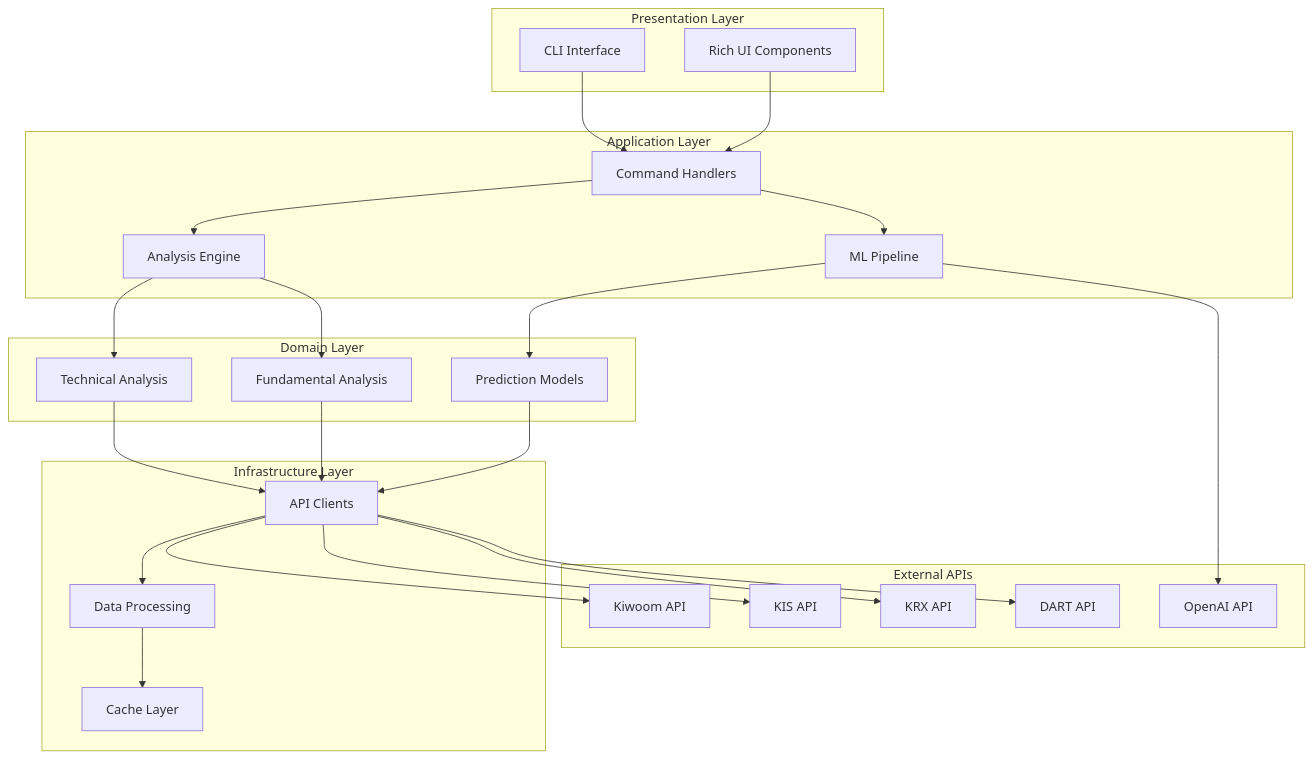
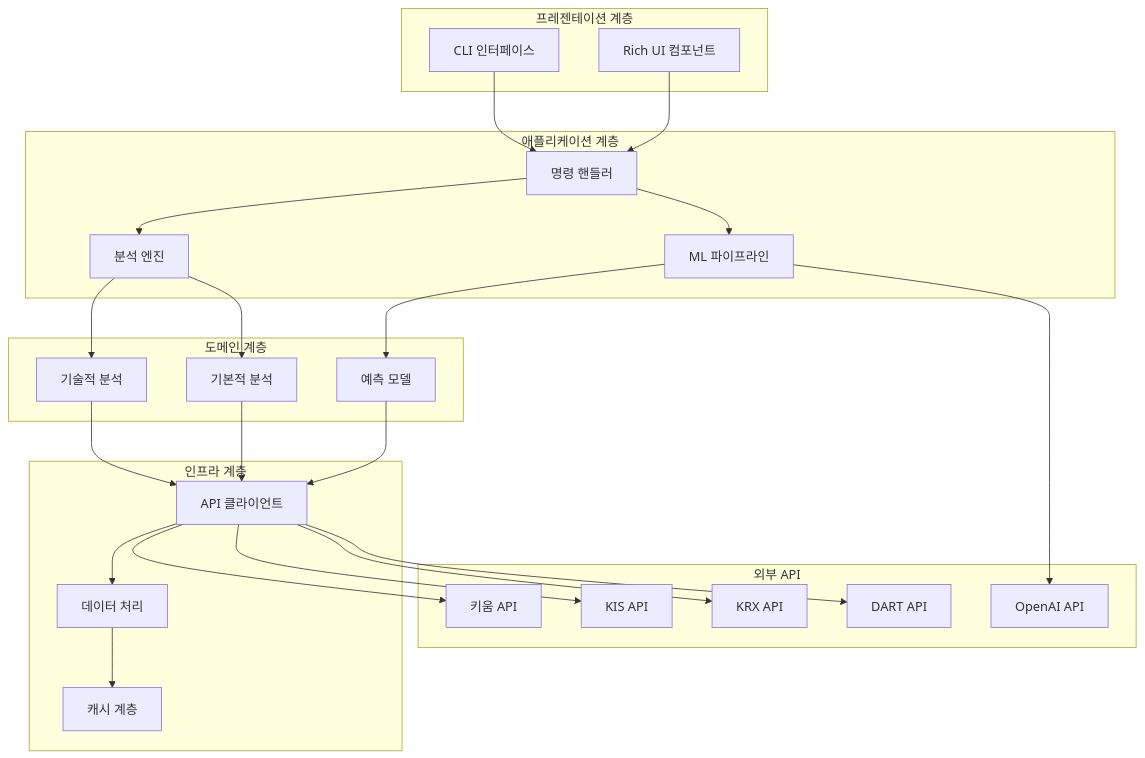
One commit to gyuha/investment-open-source-analysis changed the first of 4 diagrams in report/cluefin/report-claude-code-glm.md. Above: the diagram before and after it, drawn with Mermaid. The commit also changed other lines of this file and 9 other files, not shown here.

````diff
--- a/report/cluefin/report-claude-code-glm.md
+++ b/report/cluefin/report-claude-code-glm.md
@@ -76,51 +76,51 @@
 ```mermaid
 graph TB
-    subgraph "Presentation Layer"
-        CLI[CLI Interface]
-        RichUI[Rich UI Components]
+    subgraph "프레젠테이션 계층"
+        CLI[CLI 인터페이스]
+        RichUI[Rich UI 컴포넌트]
     end
 
-    subgraph "Application Layer"
-        Commands[Command Handlers]
-        Analysis[Analysis Engine]
-        MLPipeline[ML Pipeline]
+    subgraph "애플리케이션 계층"
+        Commands[명령 핸들러]
+        Analysis[분석 엔진]
+        MLPipeline[ML 파이프라인]
     end
 
-    subgraph "Domain Layer"
-        TA[Technical Analysis]
-        FAD[Fundamental Analysis]
-        Predictions[Prediction Models]
+    subgraph "도메인 계층"
+        TA[기술적 분석]
+        FAD[기본적 분석]
+        Predictions[예측 모델]
     end
 
-    subgraph "Infrastructure Layer"
-        APIClients[API Clients]
-        DataProcessing[Data Processing]
-        Caching[Cache Layer]
+    subgraph "인프라 계층"
+        APIClients[API 클라이언트]
+        DataProcessing[데이터 처리]
+        Caching[캐시 계층]
     end
 
-    subgraph "External APIs"
-        Kiwoom[Kiwoom API]
+    subgraph "외부 API"
+        Kiwoom[키움 API]
         KIS[KIS API]
         KRX[KRX API]
         DART[DART API]
         OpenAI[OpenAI API]
     end
 
     CLI --> Commands
     RichUI --> Commands
     Commands --> Analysis
     Commands --> MLPipeline
     Analysis --> TA
     Analysis --> FAD
     MLPipeline --> Predictions
     TA --> APIClients
     FAD --> APIClients
     Predictions --> APIClients
     APIClients --> DataProcessing
     DataProcessing --> Caching
     APIClients --> Kiwoom
     APIClients --> KIS
     APIClients --> KRX
     APIClients --> DART
     MLPipeline --> OpenAI
 ```
````
